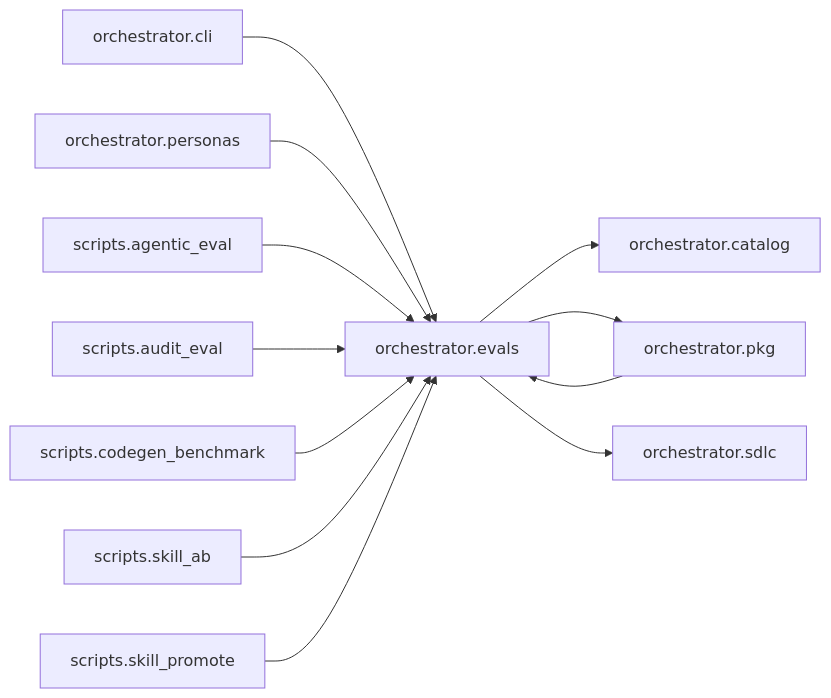
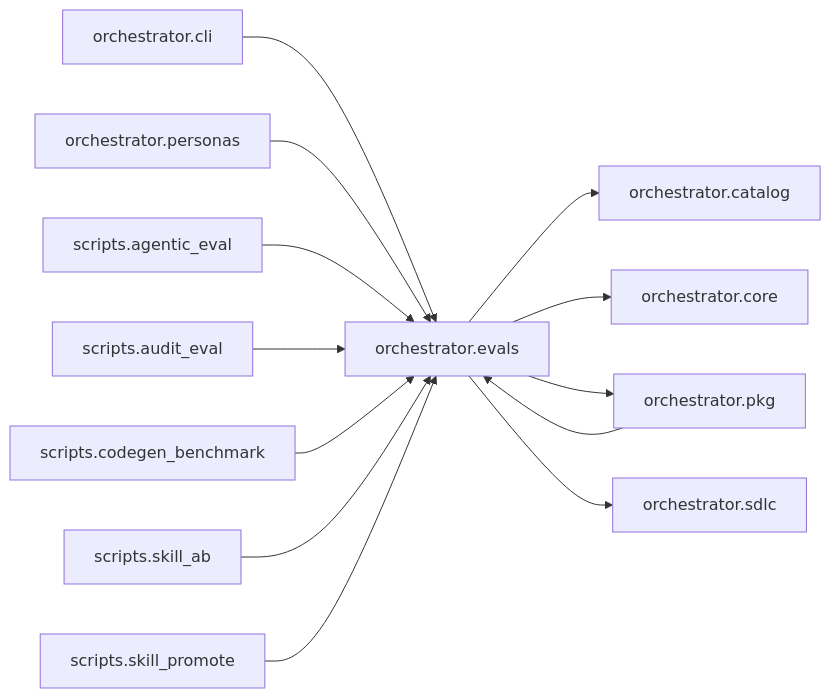
One commit to synaptixs/spine changed the diagram in episteme/areas/orchestrator.evals.md. Above: the diagram before and after it, drawn with Mermaid. The commit also changed other lines of this file and 12 other files, not shown here.

````diff
--- a/episteme/areas/orchestrator.evals.md
+++ b/episteme/areas/orchestrator.evals.md
@@ -8,25 +8,27 @@
 ```mermaid
 flowchart LR
   n0["orchestrator.evals"]
   n1["orchestrator.cli"]
   n2["orchestrator.personas"]
   n3["orchestrator.pkg"]
   n4["scripts.agentic_eval"]
   n5["scripts.audit_eval"]
   n6["scripts.codegen_benchmark"]
   n7["scripts.skill_ab"]
   n8["scripts.skill_promote"]
   n9["orchestrator.catalog"]
-  n10["orchestrator.sdlc"]
+  n10["orchestrator.core"]
+  n11["orchestrator.sdlc"]
   n1 --> n0
   n2 --> n0
   n3 --> n0
   n4 --> n0
   n5 --> n0
   n6 --> n0
   n7 --> n0
   n8 --> n0
   n0 --> n9
+  n0 --> n10
   n0 --> n3
-  n0 --> n10
+  n0 --> n11
 ```
````
